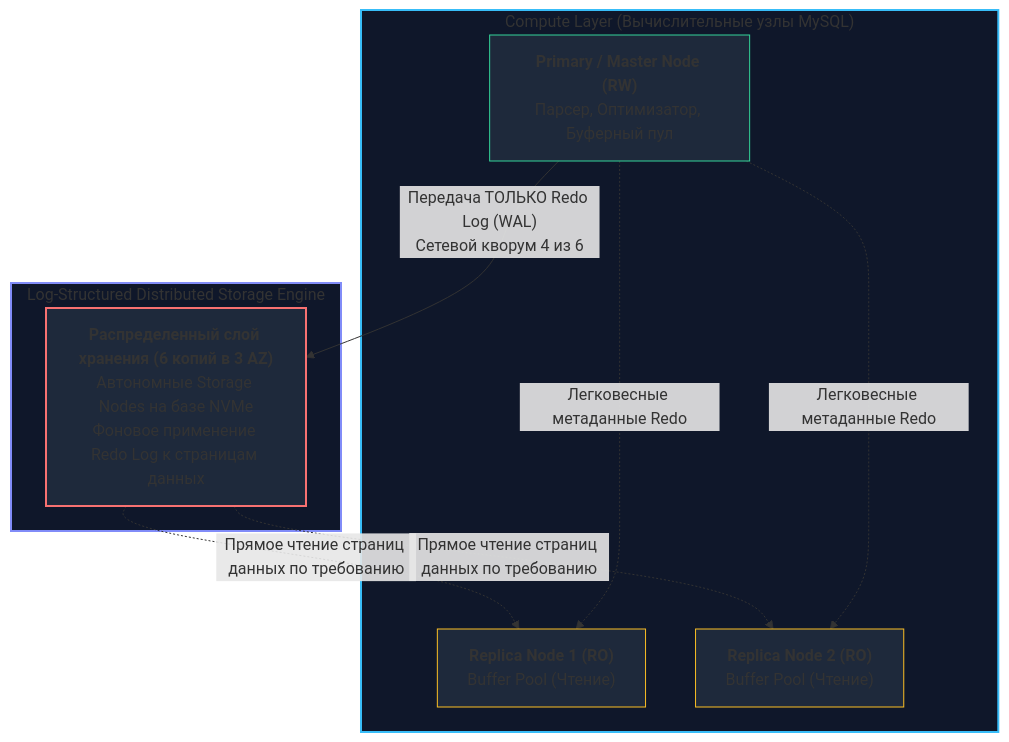
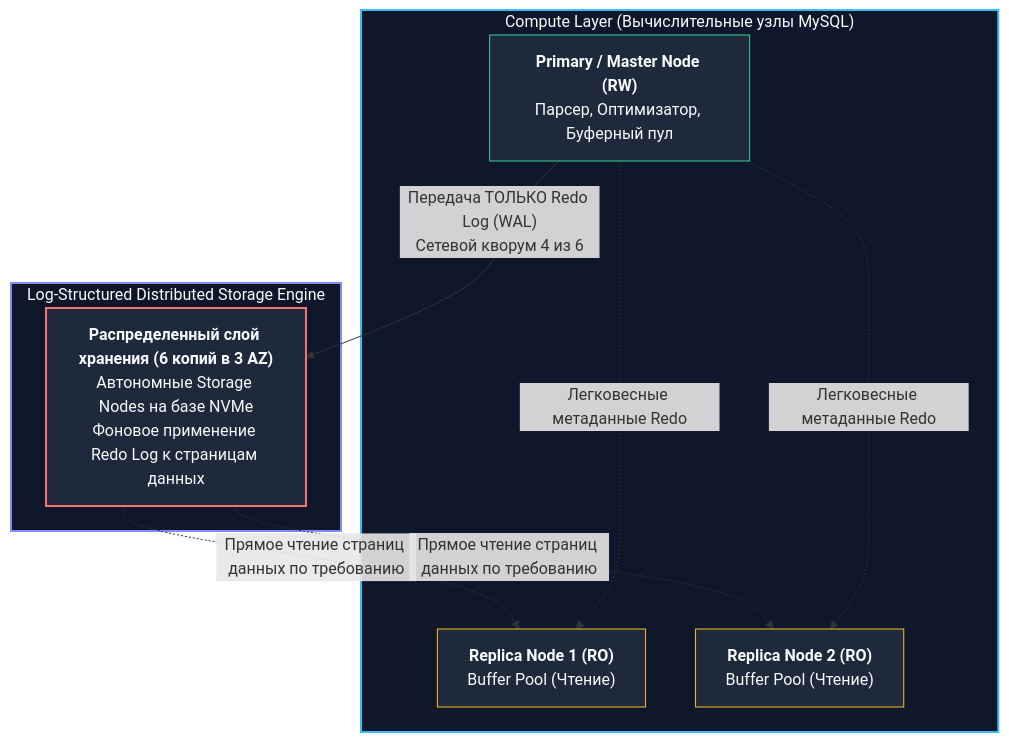
One commit to UnrealTemplier/go-textbook changed the second of 2 diagrams in sources/12. Базы данных/07. MySQL и форки/9. AliDB и облачные форки.md. Above: the diagram before and after it, drawn with Mermaid. The commit also changed other lines of this file and 310 other files, not shown here.

First line of the commit message:
fix(mermaid): replace light fill colors with dark palette for readability on dark theme

````diff
--- a/sources/12. Базы данных/07. MySQL и форки/9. AliDB и облачные форки.md
+++ b/sources/12. Базы данных/07. MySQL и форки/9. AliDB и облачные форки.md
@@ -48,25 +48,25 @@
 ```mermaid
 flowchart TD
     subgraph ComputeLayer ["Compute Layer (Вычислительные узлы MySQL)"]
         RW["<b>Primary / Master Node (RW)</b><br>Парсер, Оптимизатор, Буферный пул"]
         RO1["<b>Replica Node 1 (RO)</b><br>Buffer Pool (Чтение)"]
         RO2["<b>Replica Node 2 (RO)</b><br>Buffer Pool (Чтение)"]
     end
 
     subgraph StorageLayer ["Log-Structured Distributed Storage Engine"]
         DS["<b>Распределенный слой хранения (6 копий в 3 AZ)</b><br>Автономные Storage Nodes на базе NVMe<br>Фоновое применение Redo Log к страницам данных"]
     end
 
     RW -->|"Передача ТОЛЬКО Redo Log (WAL)<br>Сетевой кворум 4 из 6"| DS
     DS -.->|"Прямое чтение страниц данных по требованию"| RO1
     DS -.->|"Прямое чтение страниц данных по требованию"| RO2
     RW -.->|"Легковесные метаданные Redo"| RO1
     RW -.->|"Легковесные метаданные Redo"| RO2
 
-    style ComputeLayer fill:#0f172a,stroke:#38bdf8,stroke-width:2px
-    style StorageLayer fill:#0f172a,stroke:#818cf8,stroke-width:2px
-    style RW fill:#1e293b,stroke:#34d399,stroke-width:1px
-    style RO1 fill:#1e293b,stroke:#fbbf24,stroke-width:1px
-    style RO2 fill:#1e293b,stroke:#fbbf24,stroke-width:1px
-    style DS fill:#1e293b,stroke:#f87171,stroke-width:2px
+    style ComputeLayer fill:#0f172a,stroke:#38bdf8,stroke-width:2px,color:#f8fafc
+    style StorageLayer fill:#0f172a,stroke:#818cf8,stroke-width:2px,color:#f8fafc
+    style RW fill:#1e293b,stroke:#34d399,stroke-width:1px,color:#f8fafc
+    style RO1 fill:#1e293b,stroke:#fbbf24,stroke-width:1px,color:#f8fafc
+    style RO2 fill:#1e293b,stroke:#fbbf24,stroke-width:1px,color:#f8fafc
+    style DS fill:#1e293b,stroke:#f87171,stroke-width:2px,color:#f8fafc
 ```
````
